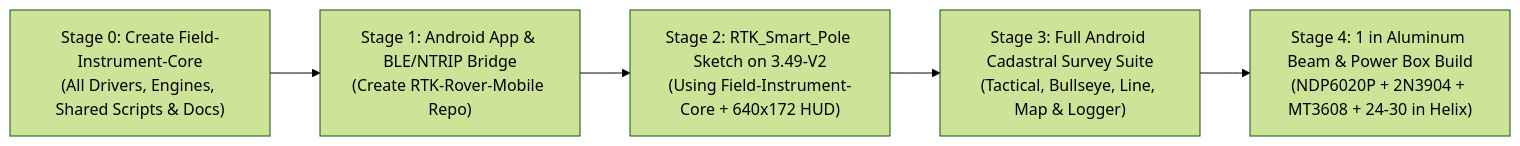
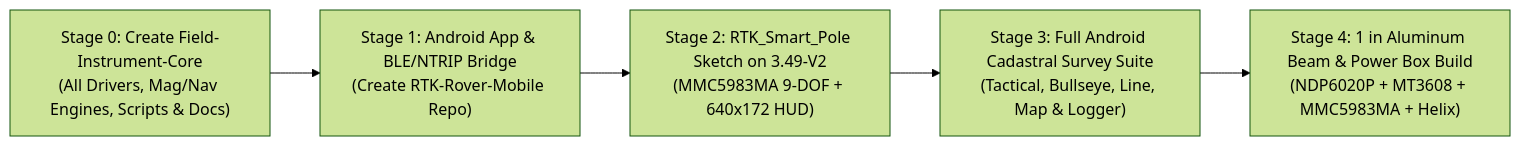
The fifth of 5 diagrams in docs/plan_smart_pole_and_android_app.md (rguilmet/RTK-Rover), drawn with Mermaid (forest theme) before and after one commit. The commit also changed other lines of this file and 1 other file, not shown here.

Commit message:
docs: Add beam-mounted MMC5983MA 9-DOF compass & UM982 auto-calibration to plan (v2.6.0)

````diff
--- a/docs/plan_smart_pole_and_android_app.md
+++ b/docs/plan_smart_pole_and_android_app.md
@@ -505,7 +523,7 @@
 ```mermaid
 flowchart LR
-    Stage0["Stage 0: Create Field-Instrument-Core\n(All Drivers, Engines, Shared Scripts & Docs)"] --> Stage1["Stage 1: Android App & BLE/NTRIP Bridge\n(Create RTK-Rover-Mobile Repo)"]
-    Stage1 --> Stage2["Stage 2: RTK_Smart_Pole Sketch on 3.49-V2\n(Using Field-Instrument-Core + 640x172 HUD)"]
+    Stage0["Stage 0: Create Field-Instrument-Core\n(All Drivers, Mag/Nav Engines, Scripts & Docs)"] --> Stage1["Stage 1: Android App & BLE/NTRIP Bridge\n(Create RTK-Rover-Mobile Repo)"]
+    Stage1 --> Stage2["Stage 2: RTK_Smart_Pole Sketch on 3.49-V2\n(MMC5983MA 9-DOF + 640x172 HUD)"]
     Stage2 --> Stage3["Stage 3: Full Android Cadastral Survey Suite\n(Tactical, Bullseye, Line, Map & Logger)"]
-    Stage3 --> Stage4["Stage 4: 1 in Aluminum Beam & Power Box Build\n(NDP6020P + 2N3904 + MT3608 + 24-30 in Helix)"]
+    Stage3 --> Stage4["Stage 4: 1 in Aluminum Beam & Power Box Build\n(NDP6020P + MT3608 + MMC5983MA + Helix)"]
 ```
````
